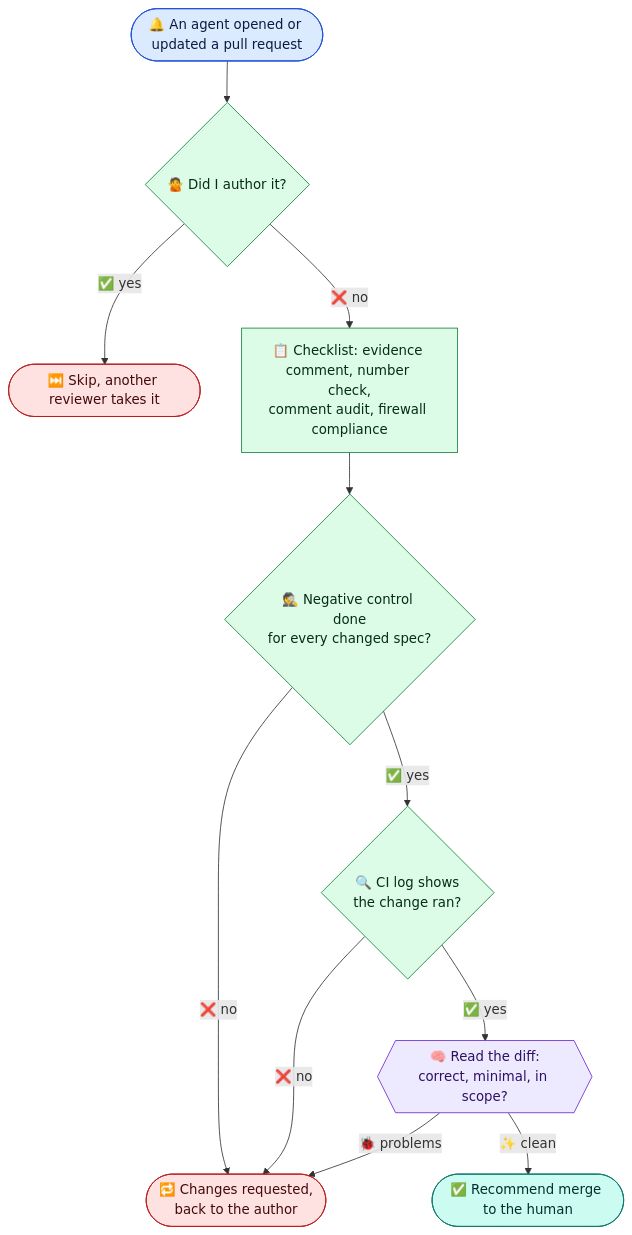
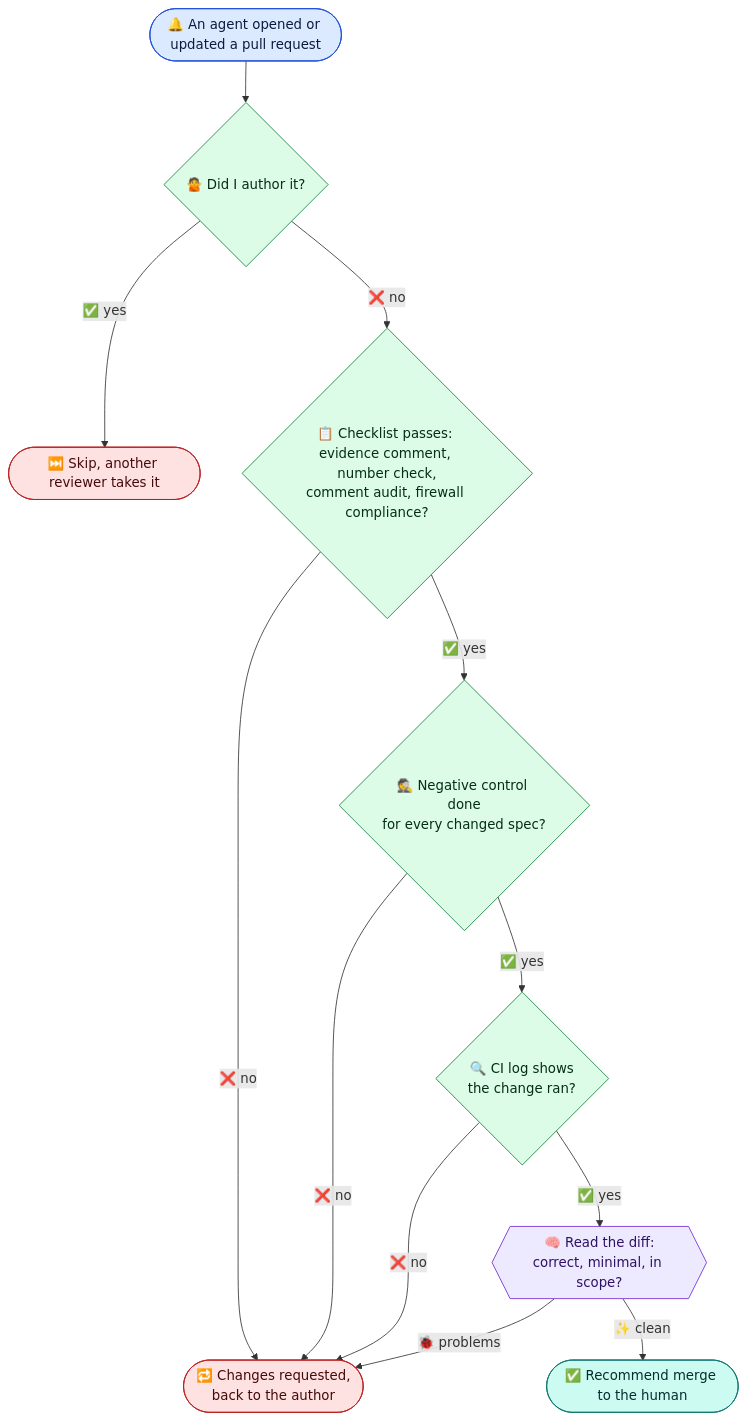
One commit to infinito-nexus/core changed diagram 13 of 24 in docs/requirements/089-agents-restructuring.md. Above: the diagram before and after it, drawn with Mermaid. The commit also changed 5 other files, not shown here.

````diff
--- a/docs/requirements/089-agents-restructuring.md
+++ b/docs/requirements/089-agents-restructuring.md
@@ -1051,31 +1051,33 @@
 ```mermaid
 flowchart TD
   T1(["🔔 An agent opened or updated a pull request"])
   D1{"🙅 Did I author it?"}
   D0(["⏭️ Skip, another reviewer takes it"])
-  D2["📋 Checklist: evidence comment, number check,<br/>comment audit, firewall compliance"]
+  D2{"📋 Checklist passes: evidence comment, number check,<br/>comment audit, firewall compliance?"}
   D3{"🕵️ Negative control done<br/>for every changed spec?"}
   D4{"🔍 CI log shows<br/>the change ran?"}
   L1{{"🧠 Read the diff:<br/>correct, minimal, in scope?"}}
   D5(["🔁 Changes requested,<br/>back to the author"])
   D6(["✅ Recommend merge to the human"])
   T1 --> D1
   D1 -->|"✅ yes"| D0
-  D1 -->|"❌ no"| D2 --> D3
+  D1 -->|"❌ no"| D2
+  D2 -->|"❌ no"| D5
+  D2 -->|"✅ yes"| D3
   D3 -->|"❌ no"| D5
   D3 -->|"✅ yes"| D4
   D4 -->|"❌ no"| D5
   D4 -->|"✅ yes"| L1
   L1 -->|"🐞 problems"| D5
   L1 -->|"✨ clean"| D6
   classDef trigger fill:#dbeafe,stroke:#1d4ed8,color:#0b1b3f
   classDef det fill:#dcfce7,stroke:#15803d,color:#052e16
   classDef llm fill:#ede9fe,stroke:#6d28d9,color:#2e1065
   classDef good fill:#ccfbf1,stroke:#0f766e,color:#042f2e
   classDef stop fill:#fee2e2,stroke:#b91c1c,color:#450a0a
   class T1 trigger
   class D1,D2,D3,D4 det
   class L1 llm
   class D6 good
   class D0,D5 stop
 ```
````
